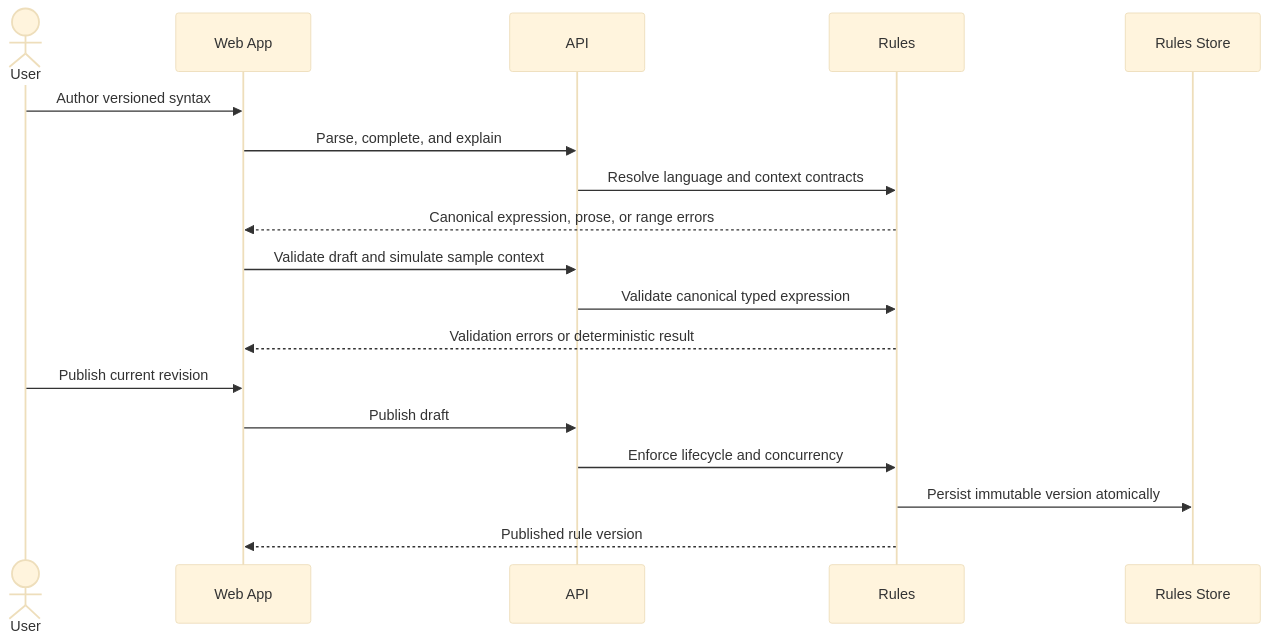
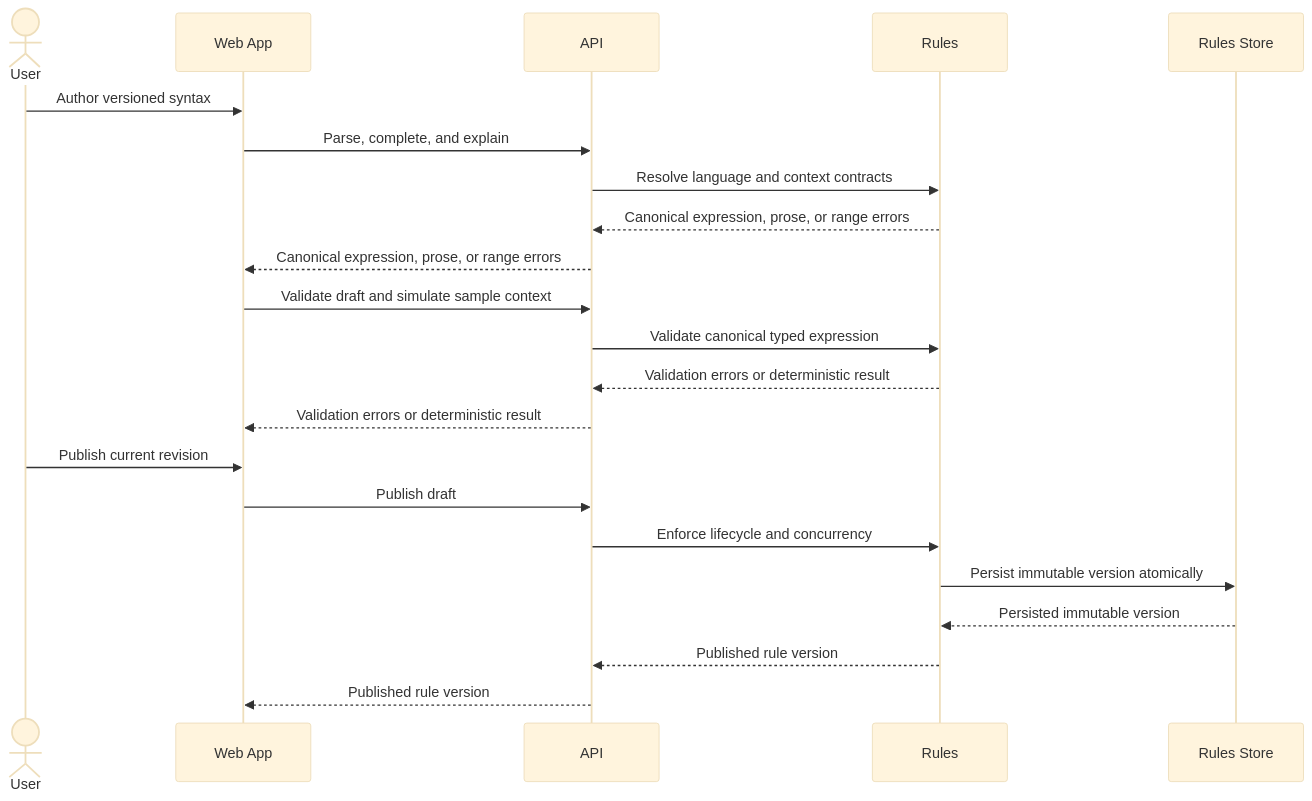
One commit to phuongnse/axis changed the second of 2 diagrams in docs/use-cases/rules/manage-workspace-rule-definitions.md. Above: the diagram before and after it, drawn with Mermaid (base theme). The commit also changed 24 other files, not shown here.

````diff
--- a/docs/use-cases/rules/manage-workspace-rule-definitions.md
+++ b/docs/use-cases/rules/manage-workspace-rule-definitions.md
@@ -132,21 +132,25 @@
 ```mermaid
 sequenceDiagram
   actor User
   participant Web as Web App
   participant API as API
   participant Rules as Rules
   participant Store as Rules Store
 
   User->>Web: Author versioned syntax
   Web->>API: Parse, complete, and explain
   API->>Rules: Resolve language and context contracts
-  Rules-->>Web: Canonical expression, prose, or range errors
+  Rules-->>API: Canonical expression, prose, or range errors
+  API-->>Web: Canonical expression, prose, or range errors
   Web->>API: Validate draft and simulate sample context
   API->>Rules: Validate canonical typed expression
-  Rules-->>Web: Validation errors or deterministic result
+  Rules-->>API: Validation errors or deterministic result
+  API-->>Web: Validation errors or deterministic result
   User->>Web: Publish current revision
   Web->>API: Publish draft
   API->>Rules: Enforce lifecycle and concurrency
   Rules->>Store: Persist immutable version atomically
-  Rules-->>Web: Published rule version
+  Store-->>Rules: Persisted immutable version
+  Rules-->>API: Published rule version
+  API-->>Web: Published rule version
 ```
````
